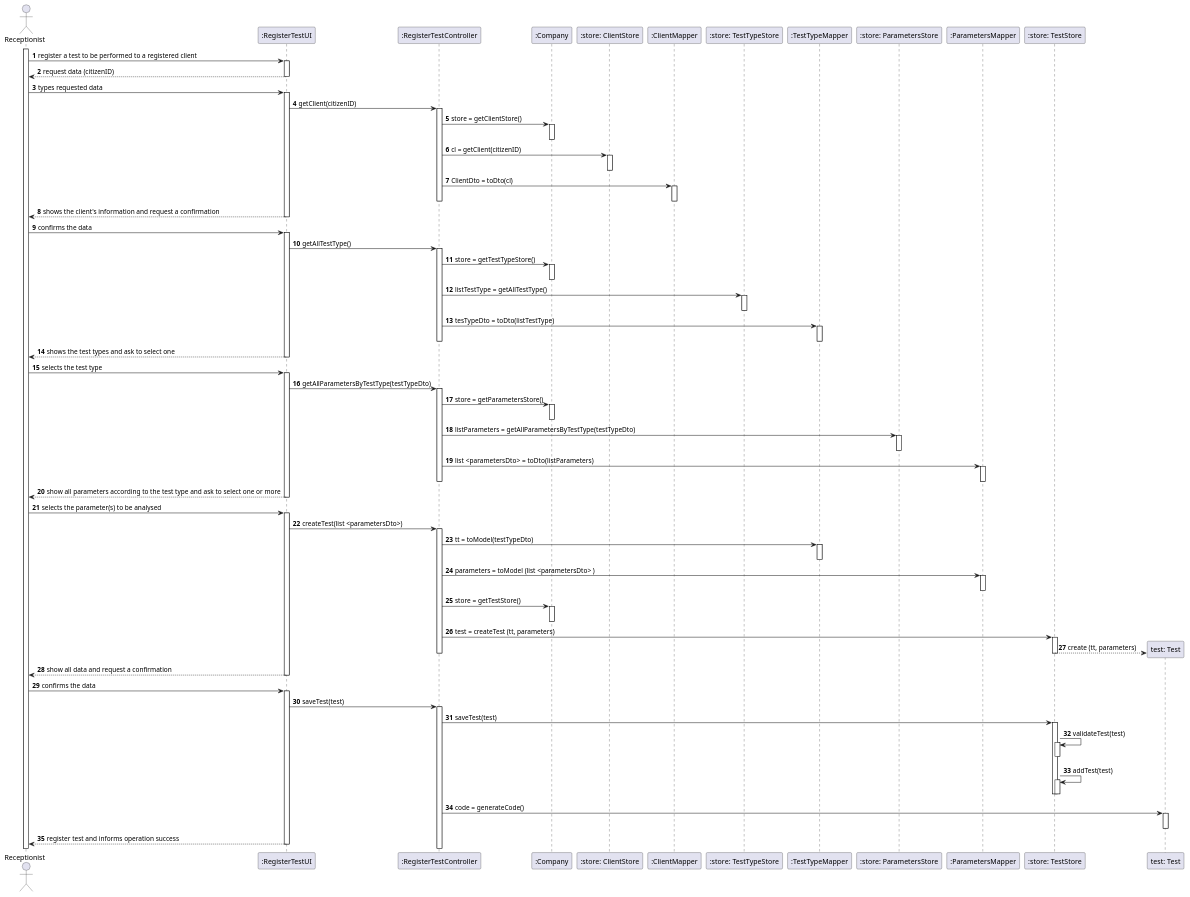
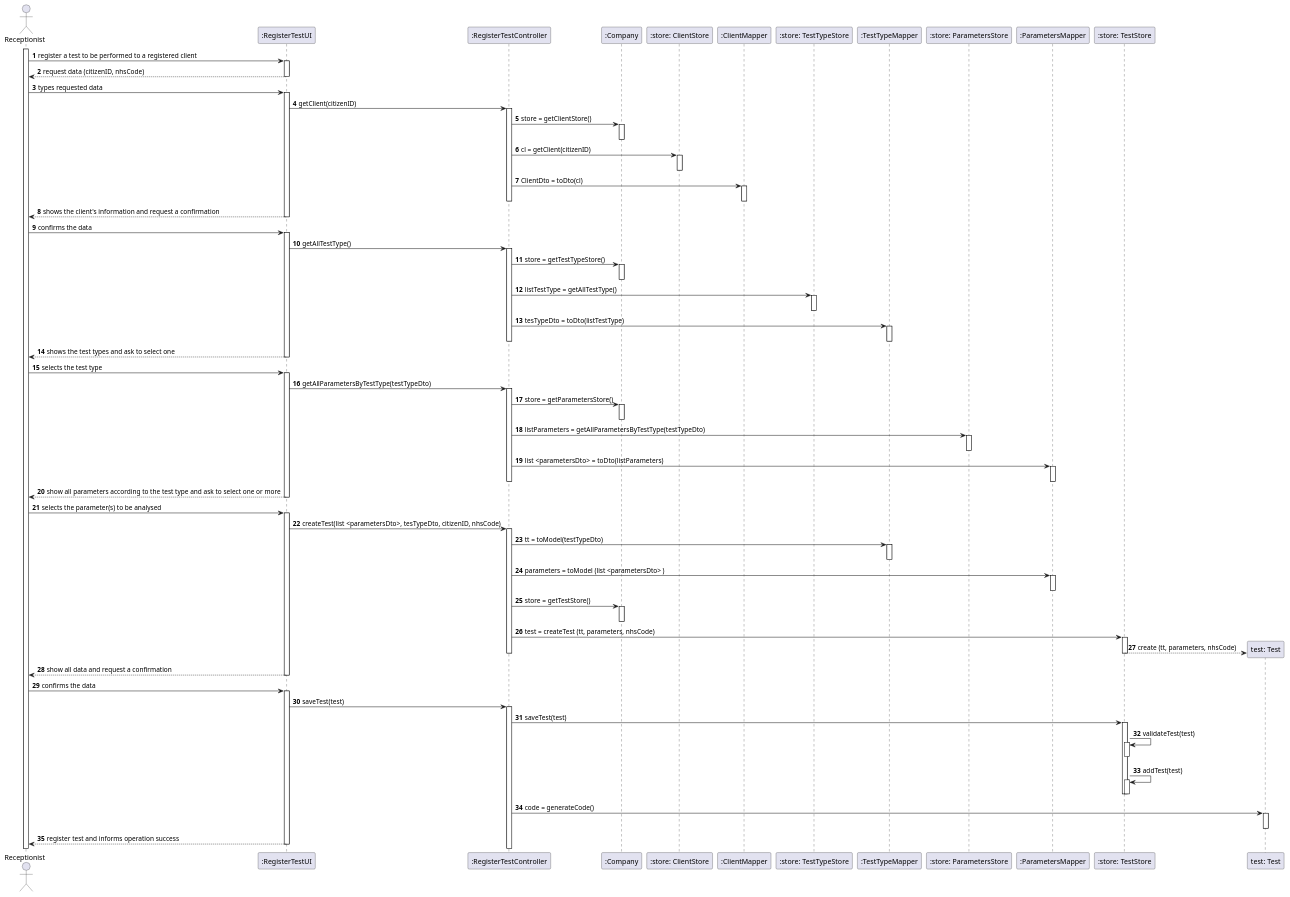
Before and after one commit to 0franciscor/lei-21-s2-1de-g19: the diagram in docs/SprintC/US04/US04-SD.puml, drawn with PlantUML. The commit also changed 3 other files, not shown here.

```diff
--- a/docs/SprintC/US04/US04-SD.puml
+++ b/docs/SprintC/US04/US04-SD.puml
@@ -1,156 +1,156 @@
 @startuml
 'https://plantuml.com/sequence-diagram
 
 autonumber
 
 actor "Receptionist" as R
 activate R
 
 
 R -> ":RegisterTestUI" : register a test to be performed to a registered client
 activate ":RegisterTestUI"
-":RegisterTestUI" --> R: request data (citizenID)
+":RegisterTestUI" --> R: request data (citizenID, nhsCode)
 deactivate ":RegisterTestUI"
 R -> ":RegisterTestUI" : types requested data
 
 
 activate ":RegisterTestUI"
 
 
 ":RegisterTestUI" -> ":RegisterTestController": getClient(citizenID)
 
 
 activate ":RegisterTestController"
 ":RegisterTestController" -> ":Company" : store = getClientStore()
 activate ":Company"
 deactivate ":Company"
 
 ":RegisterTestController" -> ":store: ClientStore" : cl = getClient(citizenID)
 activate ":store: ClientStore"
 deactivate ":store: ClientStore"
 
 ":RegisterTestController" -> ":ClientMapper" : ClientDto = toDto(cl)
 activate ":ClientMapper"
 deactivate ":ClientMapper"
 
 
 deactivate ":RegisterTestController"
 
 
 
 ":RegisterTestUI" --> R: shows the client's information and request a confirmation
 deactivate ":RegisterTestUI"
 
 
 
 
 R -> ":RegisterTestUI" : confirms the data
 activate ":RegisterTestUI"
 
 
 ":RegisterTestUI" -> ":RegisterTestController": getAllTestType()
 activate ":RegisterTestController"
 ":RegisterTestController" -> ":Company": store = getTestTypeStore()
 activate ":Company"
 
 deactivate ":Company"
 ":RegisterTestController" -> ":store: TestTypeStore": listTestType = getAllTestType()
 activate ":store: TestTypeStore"
 deactivate ":store: TestTypeStore"
 
 ":RegisterTestController" -> ":TestTypeMapper": tesTypeDto = toDto(listTestType)
 activate ":TestTypeMapper"
 deactivate ":TestTypeMapper"
 deactivate ":RegisterTestController"
 ":RegisterTestUI" --> R: shows the test types and ask to select one
 deactivate ":RegisterTestUI"
 R -> ":RegisterTestUI": selects the test type
 activate ":RegisterTestUI"
 
 ":RegisterTestUI" -> ":RegisterTestController": getAllParametersByTestType(testTypeDto)
 activate ":RegisterTestController"
 ":RegisterTestController" -> ":Company": store = getParametersStore()
 activate ":Company"
 deactivate ":Company"
 
 ":RegisterTestController" -> ":store: ParametersStore": listParameters = getAllParametersByTestType(testTypeDto)
 activate ":store: ParametersStore"
 deactivate ":store: ParametersStore"
 
 ":RegisterTestController" -> ":ParametersMapper": list <parametersDto>  = toDto(listParameters)
 activate ":ParametersMapper"
 deactivate ":ParametersMapper"
 
 deactivate ":RegisterTestController"
 
 ":RegisterTestUI" --> R: show all parameters according to the test type and ask to select one or more
 deactivate ":RegisterTestUI"
 
 R -> ":RegisterTestUI": selects the parameter(s) to be analysed
 activate ":RegisterTestUI"
 
 
 
 
 
 
 
-":RegisterTestUI" -> ":RegisterTestController": createTest(list <parametersDto>)
+":RegisterTestUI" -> ":RegisterTestController": createTest(list <parametersDto>, tesTypeDto, citizenID, nhsCode)
 activate ":RegisterTestController"
 
 ":RegisterTestController" -> ":TestTypeMapper": tt = toModel(testTypeDto)
 activate ":TestTypeMapper"
 deactivate ":TestTypeMapper"
 
 ":RegisterTestController" -> ":ParametersMapper": parameters = toModel (list <parametersDto> )
 activate ":ParametersMapper"
 deactivate ":ParametersMapper"
 
 
 
 
 
 
 ":RegisterTestController" -> ":Company" ++: store = getTestStore()
 deactivate ":Company"
 
-":RegisterTestController" -> ":store: TestStore" ++: test = createTest (tt, parameters)
+":RegisterTestController" -> ":store: TestStore" ++: test = createTest (tt, parameters, nhsCode)
 
 create "test: Test"
 
-":store: TestStore" --> "test: Test" : create (tt, parameters)
+":store: TestStore" --> "test: Test" : create (tt, parameters, nhsCode)
 deactivate ":store: TestStore"
 deactivate ":RegisterTestController"
 
 ":RegisterTestUI" --> R: show all data and request a confirmation
 deactivate ":RegisterTestUI"
 
 R -> ":RegisterTestUI" : confirms the data
 activate ":RegisterTestUI"
 
 ":RegisterTestUI" -> ":RegisterTestController": saveTest(test)
 
 activate ":RegisterTestController"
 
 ":RegisterTestController" -> ":store: TestStore" : saveTest(test)
 
 activate ":store: TestStore"
 
 ":store: TestStore" -> ":store: TestStore": validateTest(test)
 activate ":store: TestStore"
 deactivate ":store: TestStore"
 ":store: TestStore" -> ":store: TestStore": addTest(test)
 activate ":store: TestStore"
 deactivate ":store: TestStore"
 
 deactivate ":store: TestStore"
 
 ":RegisterTestController" -> "test: Test" : code = generateCode()
 
 activate "test: Test"
 deactivate "test: Test"
 
 
 ":RegisterTestUI" --> R: register test and informs operation success
 deactivate ":RegisterTestUI"
 @enduml
```
